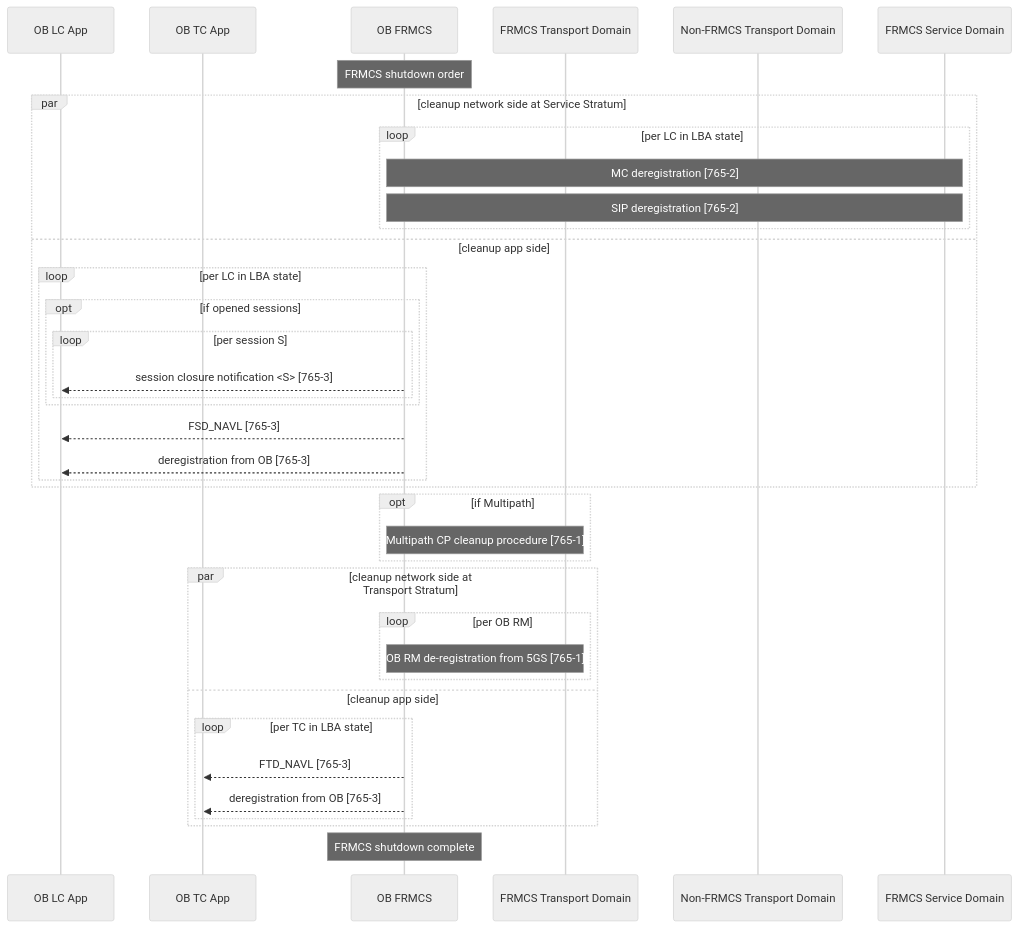
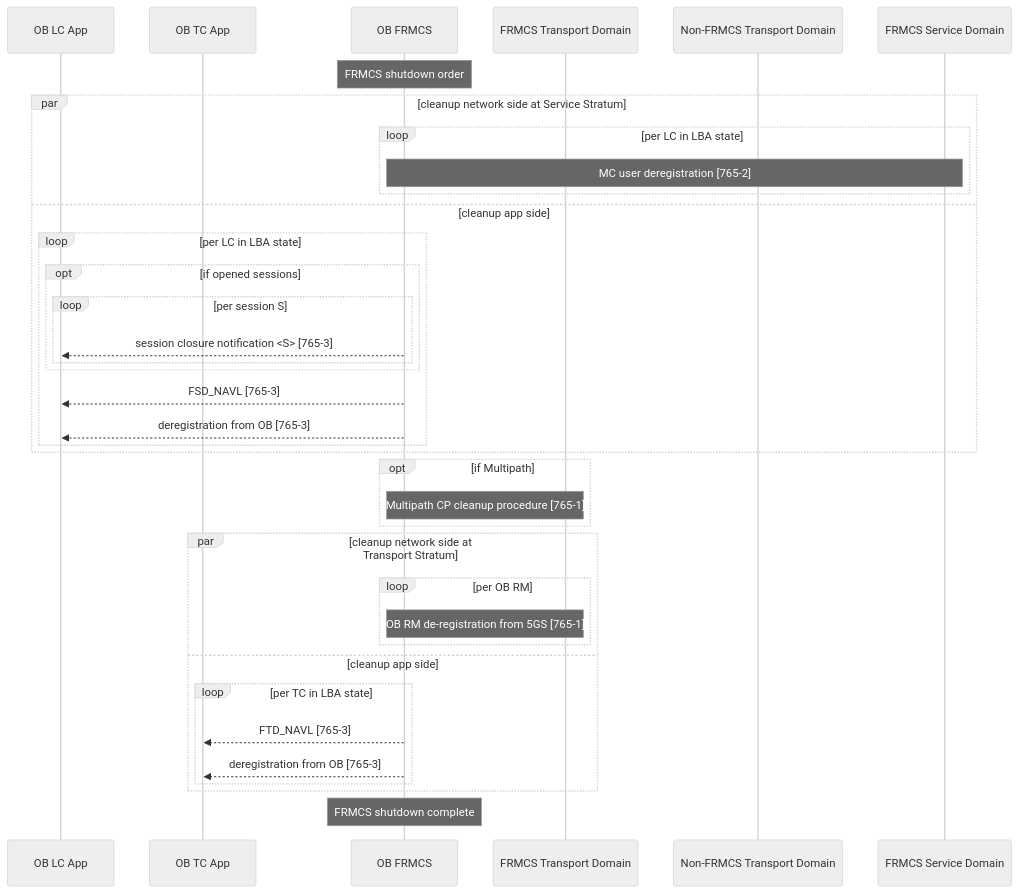
One commit to UICrail/FRMCSSandbox changed the second of 3 diagrams in E2EProcedures/README.md. Above: the diagram before and after it, drawn with Mermaid (neutral theme). The commit also changed other lines of this file, not shown here.

````diff
--- a/E2EProcedures/README.md
+++ b/E2EProcedures/README.md
@@ -47,46 +46,45 @@
 ```mermaid
 
 sequenceDiagram
 participant AL as OB LC App
 participant AT as OB TC App
 participant O as OB FRMCS
 participant FTD as FRMCS Transport Domain
 participant NFTD as Non-FRMCS Transport Domain
 participant FSD as FRMCS Service Domain
 
 Note over O: FRMCS shutdown order
 
 par cleanup network side at Service Stratum
   loop per LC in LBA state
-    Note over O,FSD:  MC deregistration [765-2]
-    Note over O,FSD:  SIP deregistration [765-2]
+    Note over O,FSD:  MC user deregistration [765-2]
   end
 and cleanup app side
   loop per LC in LBA state
     opt if opened sessions
       loop per session S
         O -->>AL:  session closure notification <S> [765-3]
       end
     end
     O-->>AL:  FSD_NAVL [765-3]
     O-->>AL:  deregistration from OB [765-3]
   end
 end
 
 opt if Multipath
   Note over O,FTD: Multipath CP cleanup procedure [765-1]
 end
 
 par cleanup network side at Transport Stratum
   loop per OB RM
     Note over O,FTD: OB RM de-registration from 5GS [765-1]
   end
 and cleanup app side
   loop per TC in LBA state
     O-->>AT:  FTD_NAVL [765-3]
     O-->>AT:  deregistration from OB [765-3]
   end
 end 
 
 Note over O: FRMCS shutdown complete
 ```
````
